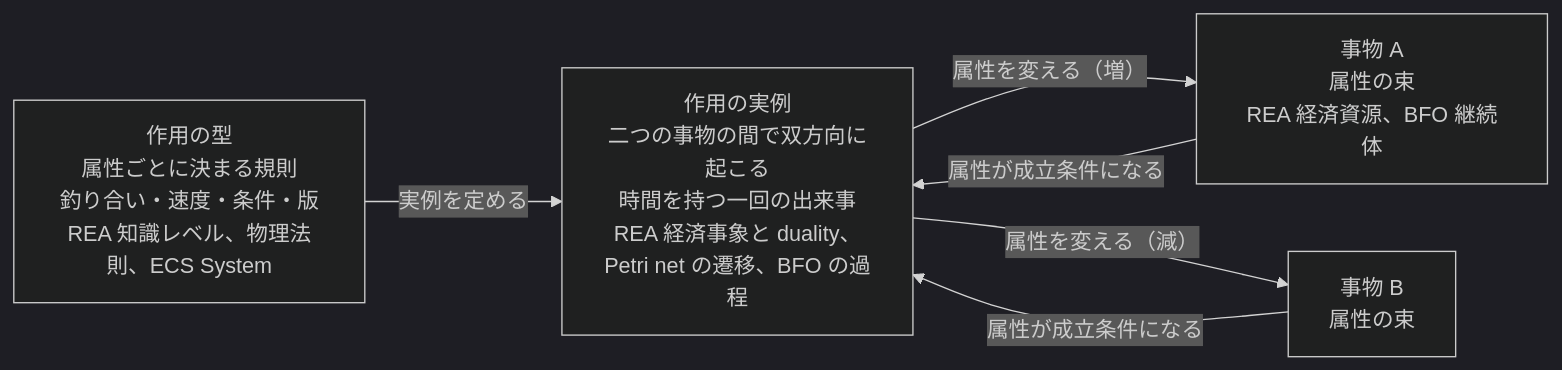
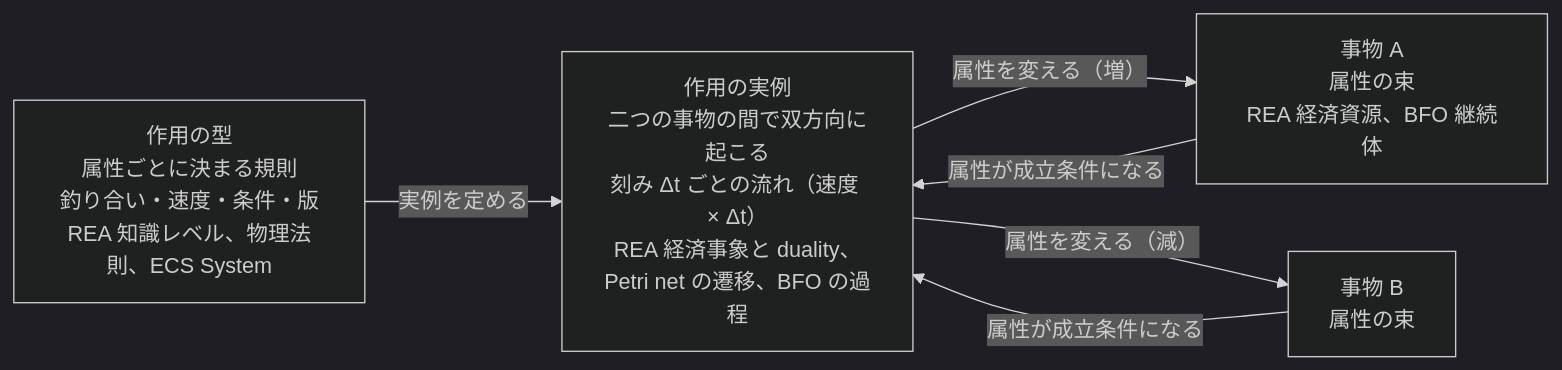
One commit to demerzel09/Medieval-Simulator changed the first of 2 diagrams in docs/DESIGN.md. Above: the diagram before and after it, drawn with Mermaid (dark theme). The commit also changed other lines of this file and 10 other files, not shown here.

````diff
--- a/docs/DESIGN.md
+++ b/docs/DESIGN.md
@@ -60,12 +60,12 @@
 ```mermaid
 flowchart LR
   T["作用の型<br/>属性ごとに決まる規則<br/>釣り合い・速度・条件・版<br/>REA 知識レベル、物理法則、ECS System"]
-  E["作用の実例<br/>二つの事物の間で双方向に起こる<br/>時間を持つ一回の出来事<br/>REA 経済事象と duality、Petri net の遷移、BFO の過程"]
+  E["作用の実例<br/>二つの事物の間で双方向に起こる<br/>刻み Δt ごとの流れ（速度 × Δt）<br/>REA 経済事象と duality、Petri net の遷移、BFO の過程"]
   X1["事物 A<br/>属性の束<br/>REA 経済資源、BFO 継続体"]
   X2["事物 B<br/>属性の束"]
   T -->|"実例を定める"| E
   E -->|"属性を変える（増）"| X1
   E -->|"属性を変える（減）"| X2
   X1 -->|"属性が成立条件になる"| E
   X2 -->|"属性が成立条件になる"| E
 ```
````
